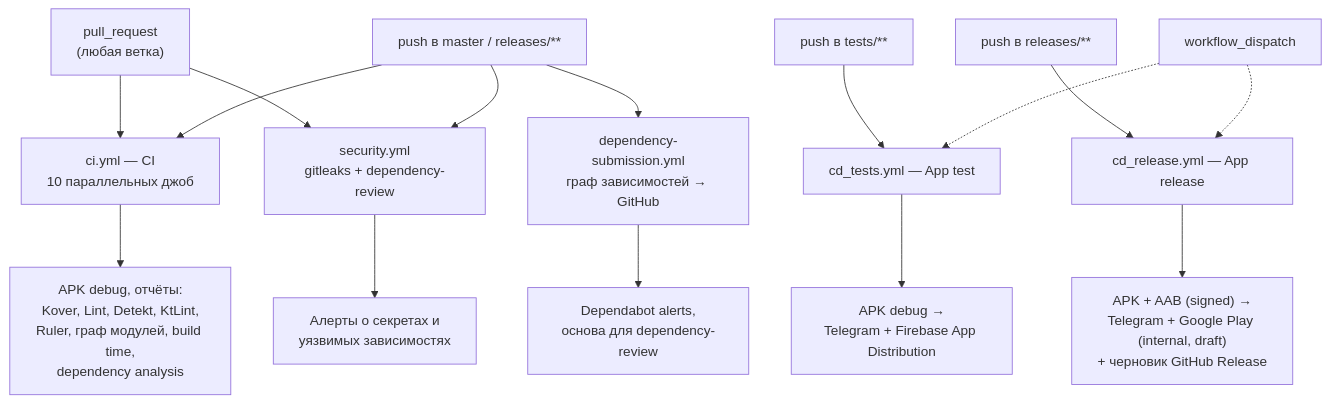
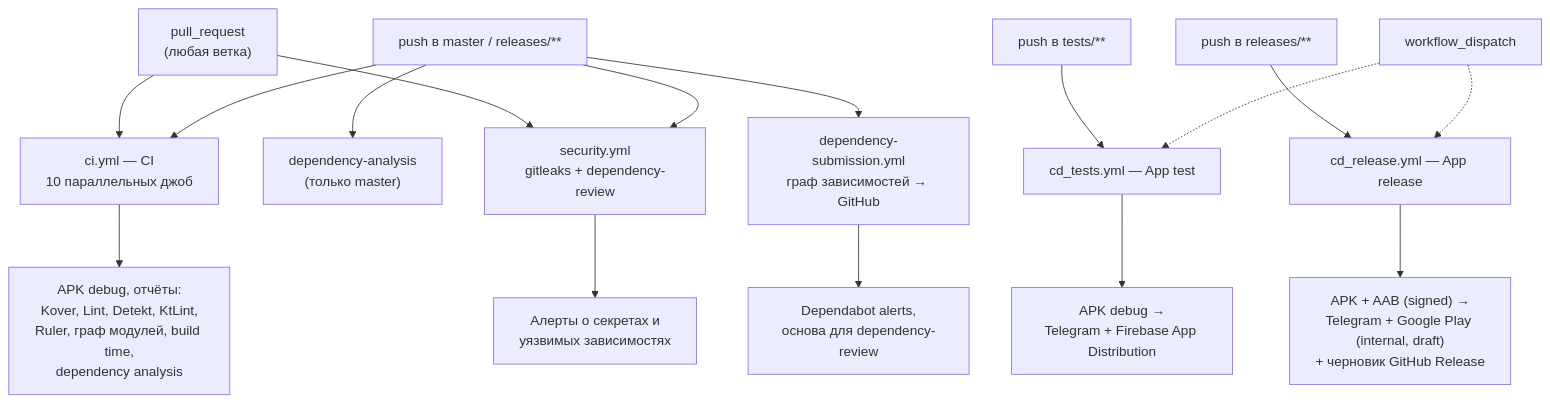
Before and after one commit to IliaVoskoboinikov/Finance-Manager: the first of 3 diagrams in docs/ci-cd.md, drawn with Mermaid. The commit also changed other lines of this file and 1 other file, not shown here.

````diff
--- a/docs/ci-cd.md
+++ b/docs/ci-cd.md
@@ -14,18 +14,19 @@
 ```mermaid
 flowchart TD
     pr["pull_request<br/>(любая ветка)"] --> ci["ci.yml — CI<br/>10 параллельных джоб"]
+    pushM --> da["dependency-analysis<br/>(только master)"]
     pushM["push в master / releases/**"] --> ci
     pr --> sec["security.yml<br/>gitleaks + dependency-review"]
     pushM --> sec
     pushM --> dep["dependency-submission.yml<br/>граф зависимостей → GitHub"]
     pushT["push в tests/**"] --> cdt["cd_tests.yml — App test"]
     pushR["push в releases/**"] --> cdr["cd_release.yml — App release"]
     wd["workflow_dispatch"] -.-> cdt
     wd -.-> cdr
 
     ci --> art1["APK debug, отчёты:<br/>Kover, Lint, Detekt, KtLint,<br/>Ruler, граф модулей, build time,<br/>dependency analysis"]
     sec --> art4["Алерты о секретах и<br/>уязвимых зависимостях"]
     dep --> art5["Dependabot alerts,<br/>основа для dependency-review"]
     cdt --> art2["APK debug →<br/>Telegram + Firebase App Distribution"]
     cdr --> art3["APK + AAB (signed) →<br/>Telegram + Google Play (internal, draft)<br/>+ черновик GitHub Release"]
 ```
````
